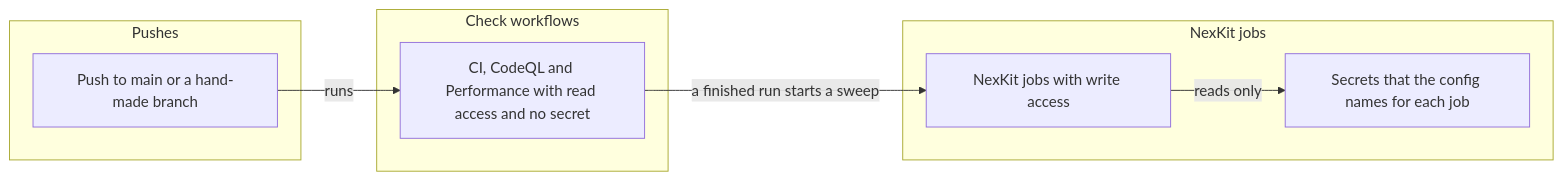
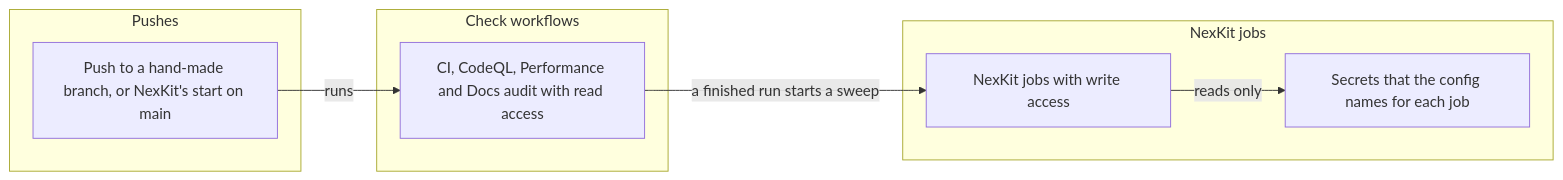
Before and after one commit to phuongnse/axis: the third of 4 diagrams in docs/reference/threat-model-build.md, drawn with Mermaid. The commit also changed other lines of this file and 19 other files, not shown here.

First line of the commit message:
Upgrade NexKit to v6.0.0: act as the owner's GitHub App, trust the docs audit, run the docs sweep last

````diff
--- a/docs/reference/threat-model-build.md
+++ b/docs/reference/threat-model-build.md
@@ -69,16 +69,16 @@
 ```mermaid
 flowchart LR
     subgraph pushes [Pushes]
-        Push[Push to main or a hand-made branch]
+        Push[Push to a hand-made branch, or NexKit's start on main]
     end
     subgraph checks [Check workflows]
-        Ci[CI, CodeQL and Performance with read access and no secret]
+        Ci[CI, CodeQL, Performance and Docs audit with read access]
     end
     subgraph nexkitjobs [NexKit jobs]
         Jobs[NexKit jobs with write access]
         Secrets[Secrets that the config names for each job]
     end
     Push -->|runs| Ci
     Ci -->|a finished run starts a sweep| Jobs
     Jobs -->|reads only| Secrets
 ```
````
